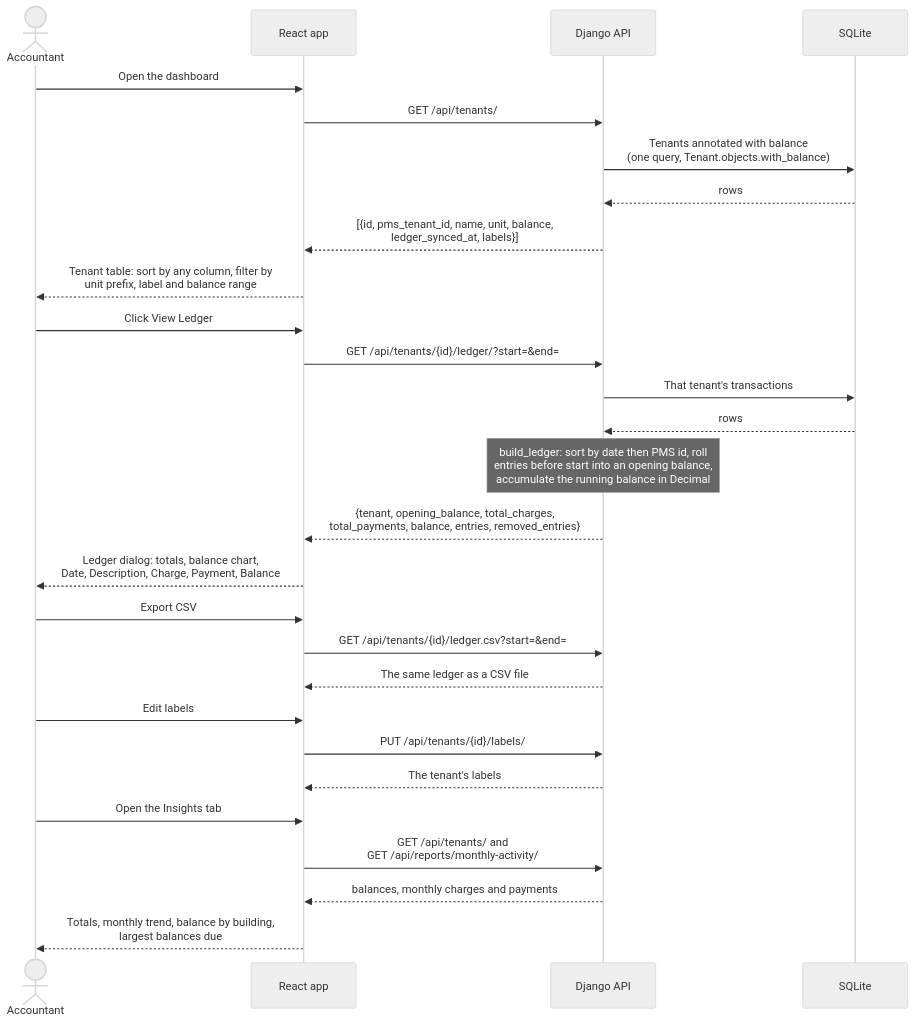
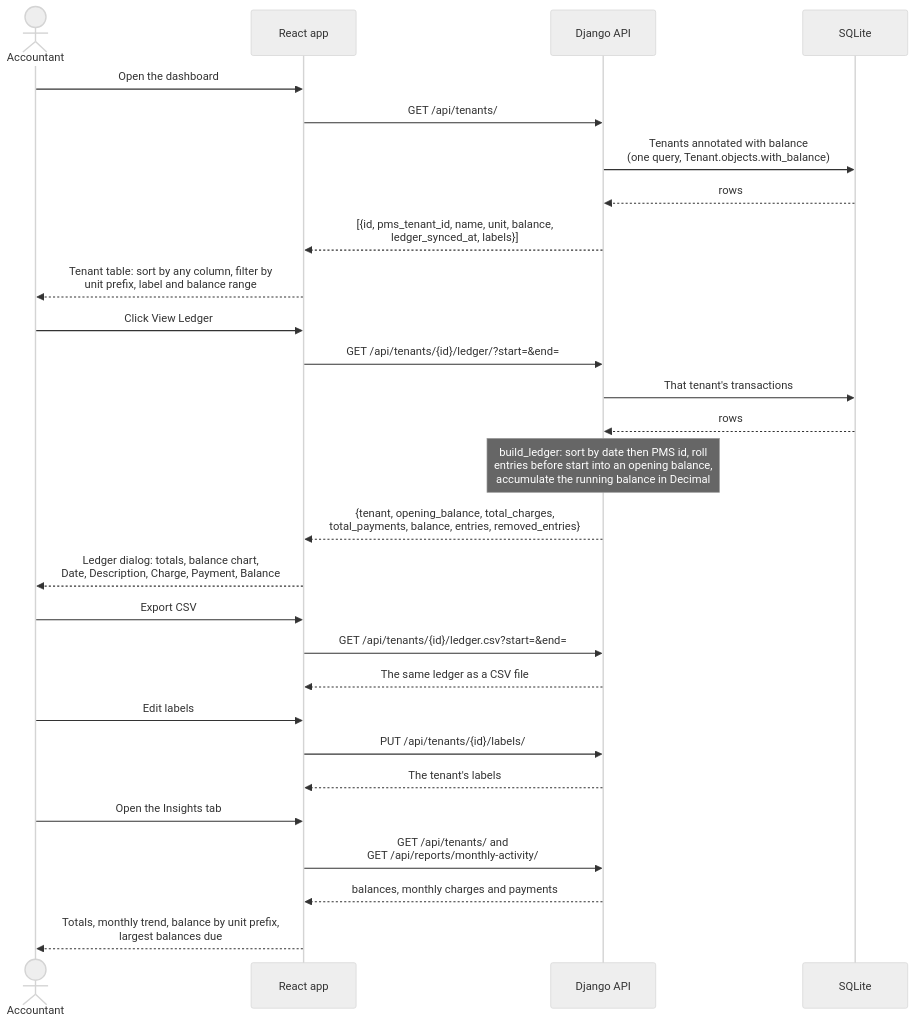
The second of 3 diagrams in docs/flow.md (codybanksdev/rentable-code-challenge), drawn with Mermaid (neutral theme) before and after one commit. The commit also changed other lines of this file and 27 other files, not shown here.

````diff
--- a/docs/flow.md
+++ b/docs/flow.md
@@ -48,35 +50,35 @@
 ```mermaid
 sequenceDiagram
     actor U as Accountant
     participant R as React app
     participant D as Django API
     participant DB as SQLite
 
     U->>R: Open the dashboard
     R->>D: GET /api/tenants/
     D->>DB: Tenants annotated with balance<br/>(one query, Tenant.objects.with_balance)
     DB-->>D: rows
     D-->>R: [{id, pms_tenant_id, name, unit, balance,<br/>ledger_synced_at, labels}]
     R-->>U: Tenant table: sort by any column, filter by<br/>unit prefix, label and balance range
 
     U->>R: Click View Ledger
     R->>D: GET /api/tenants/{id}/ledger/?start=&end=
     D->>DB: That tenant's transactions
     DB-->>D: rows
     Note over D: build_ledger: sort by date then PMS id, roll<br/>entries before start into an opening balance,<br/>accumulate the running balance in Decimal
     D-->>R: {tenant, opening_balance, total_charges,<br/>total_payments, balance, entries, removed_entries}
     R-->>U: Ledger dialog: totals, balance chart,<br/>Date, Description, Charge, Payment, Balance
 
     U->>R: Export CSV
     R->>D: GET /api/tenants/{id}/ledger.csv?start=&end=
     D-->>R: The same ledger as a CSV file
 
     U->>R: Edit labels
     R->>D: PUT /api/tenants/{id}/labels/
     D-->>R: The tenant's labels
 
     U->>R: Open the Insights tab
     R->>D: GET /api/tenants/ and<br/>GET /api/reports/monthly-activity/
     D-->>R: balances, monthly charges and payments
-    R-->>U: Totals, monthly trend, balance by building,<br/>largest balances due
+    R-->>U: Totals, monthly trend, balance by unit prefix,<br/>largest balances due
 ```
````
